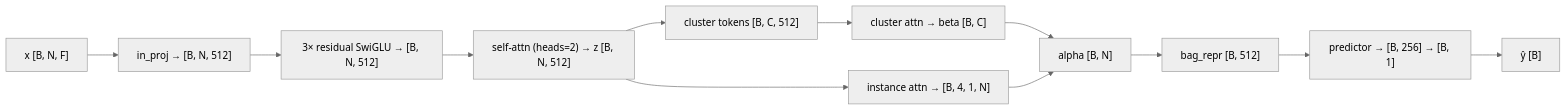
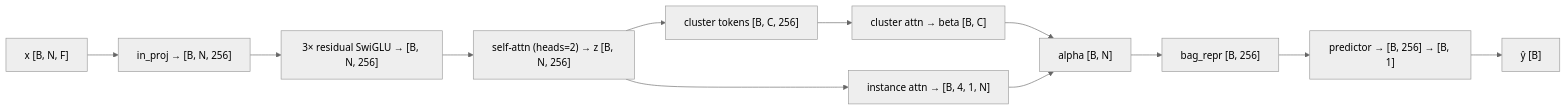
The fourth of 7 diagrams in mil_pipeline_detailed_explanation.md (vfastovskii/milkid), drawn with Mermaid (neutral theme) before and after one commit. The commit also changed other lines of this file and 14 other files, not shown here.

````diff
--- a/mil_pipeline_detailed_explanation.md
+++ b/mil_pipeline_detailed_explanation.md
@@ -596,14 +593,14 @@
 ```mermaid
 flowchart LR
-    A["x [B, N, F]"] --> B["in_proj → [B, N, 512]"]
-    B --> C["3× residual SwiGLU → [B, N, 512]"]
-    C --> D["self-attn (heads=2) → z [B, N, 512]"]
-    D --> E["cluster tokens [B, C, 512]"]
+    A["x [B, N, F]"] --> B["in_proj → [B, N, 256]"]
+    B --> C["3× residual SwiGLU → [B, N, 256]"]
+    C --> D["self-attn (heads=2) → z [B, N, 256]"]
+    D --> E["cluster tokens [B, C, 256]"]
     E --> F["cluster attn → beta [B, C]"]
     D --> G["instance attn → [B, 4, 1, N]"]
     F --> H["alpha [B, N]"]
     G --> H
-    H --> I["bag_repr [B, 512]"]
+    H --> I["bag_repr [B, 256]"]
     I --> J["predictor → [B, 256] → [B, 1]"]
     J --> K["ŷ [B]"]
 ```
````
